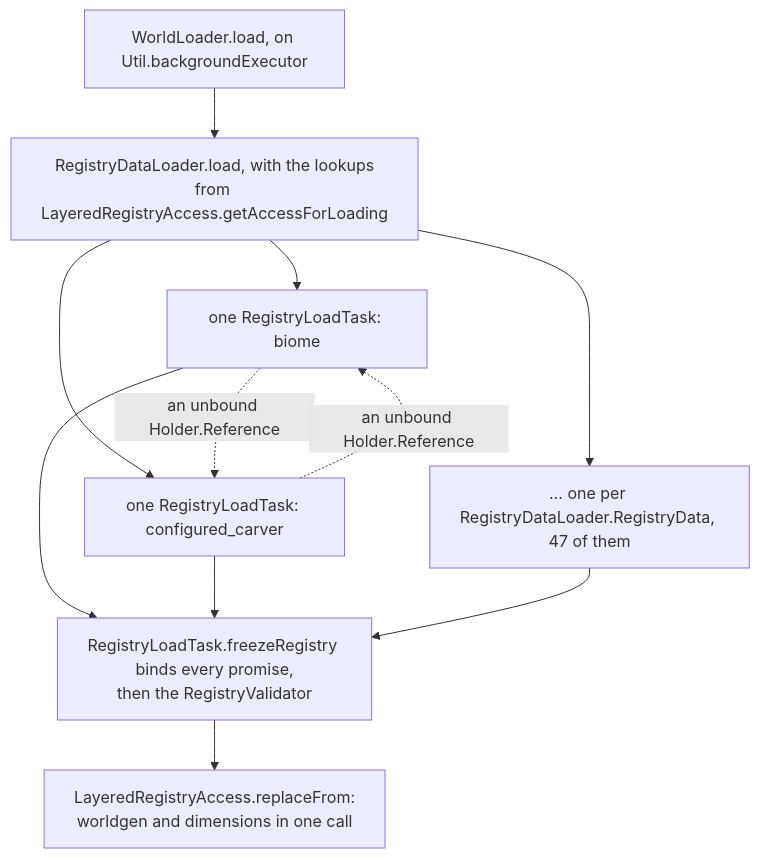
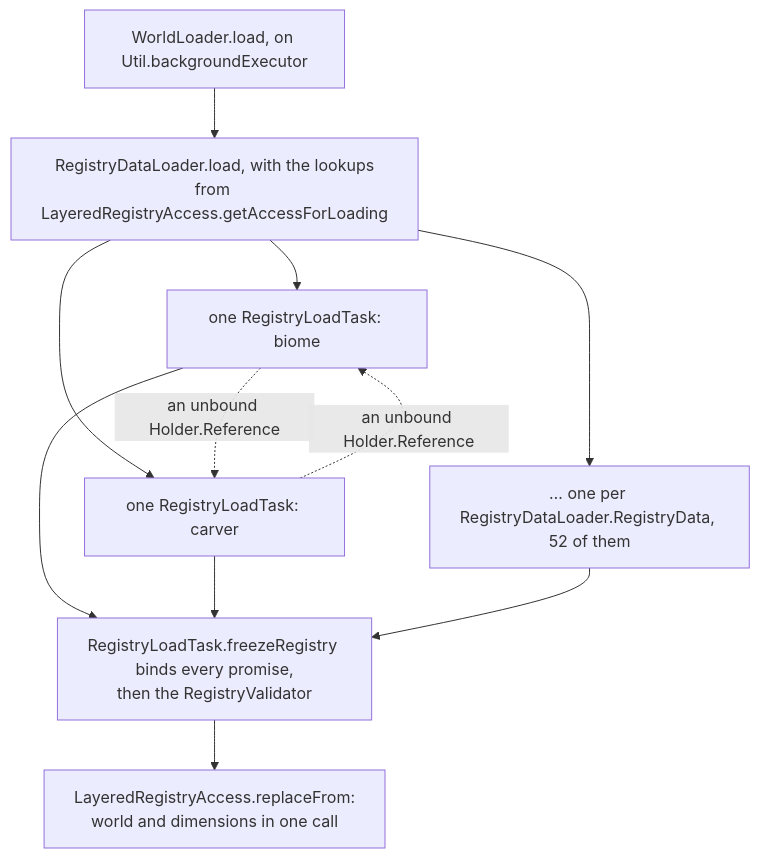
Before and after one commit to AlexanderjFraser/MinecraftDocs: the second of 3 diagrams in src/systems/foundations/identifiers-and-registries.md, drawn with Mermaid. The commit also changed other lines of this file and 68 other files, not shown here.

````diff
--- a/src/systems/foundations/identifiers-and-registries.md
+++ b/src/systems/foundations/identifiers-and-registries.md
@@ -237,20 +238,20 @@
 ```mermaid
 flowchart TD
     WL["WorldLoader.load, on Util.backgroundExecutor"]:::worker
     RDL["RegistryDataLoader.load, with the lookups<br/>from LayeredRegistryAccess.getAccessForLoading"]:::worker
     T1["one RegistryLoadTask: biome"]:::worker
-    T2["one RegistryLoadTask: configured_carver"]:::worker
-    T3["… one per RegistryDataLoader.RegistryData, 47 of them"]:::worker
+    T2["one RegistryLoadTask: carver"]:::worker
+    T3["… one per RegistryDataLoader.RegistryData, 52 of them"]:::worker
     F["RegistryLoadTask.freezeRegistry binds every promise,<br/>then the RegistryValidator"]:::worker
-    LRA["LayeredRegistryAccess.replaceFrom:<br/>worldgen and dimensions in one call"]:::server
+    LRA["LayeredRegistryAccess.replaceFrom:<br/>world and dimensions in one call"]:::worker
     WL --> RDL
     RDL --> T1
     RDL --> T2
     RDL --> T3
     T1 -. "an unbound Holder.Reference" .-> T2
     T2 -. "an unbound Holder.Reference" .-> T1
     T1 --> F
     T2 --> F
     T3 --> F
     F --> LRA
 ```
````
